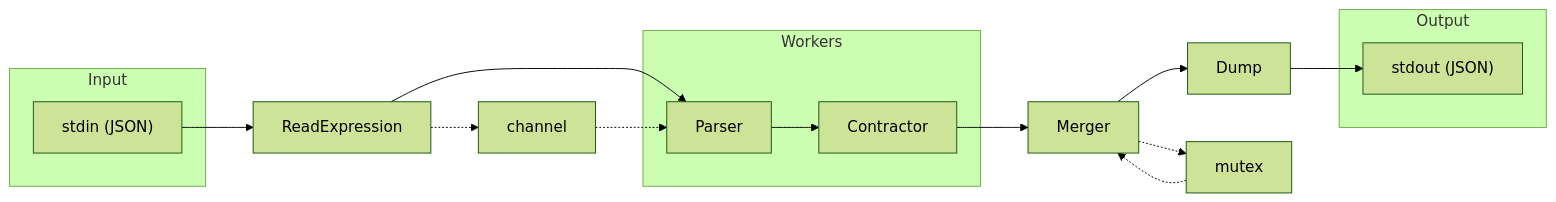
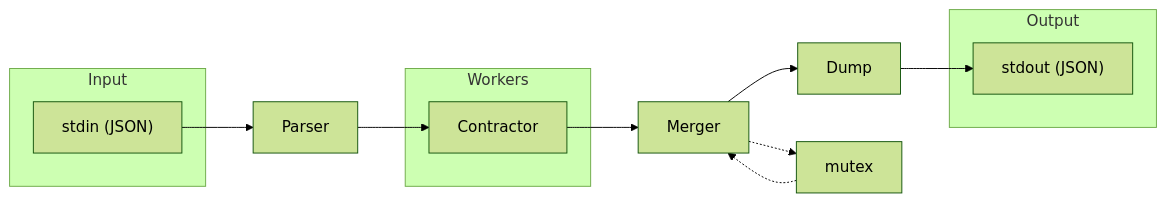
One commit to izokina/contractor changed the first of 3 diagrams in AI-DOCS.md. Above: the diagram before and after it, drawn with Mermaid (forest theme). The commit also changed other lines of this file and 8 other files, not shown here.

````diff
--- a/AI-DOCS.md
+++ b/AI-DOCS.md
@@ -28,17 +28,17 @@
 ```mermaid
 flowchart LR
     subgraph Input
         STDIN["stdin (JSON)"]
     end
     subgraph Workers
-        P[Parser] --> C[Contractor]
+        C[Contractor]
     end
     subgraph Output
         STDOUT["stdout (JSON)"]
     end
-    STDIN --> R[ReadExpression] --> P
+    STDIN --> P[Parser]
+    P --> C
     C --> M[Merger]
     M --> D[Dump] --> STDOUT
-    R -.-> channel -.-> P
     M -.-> mutex -.-> M
 ```
````
